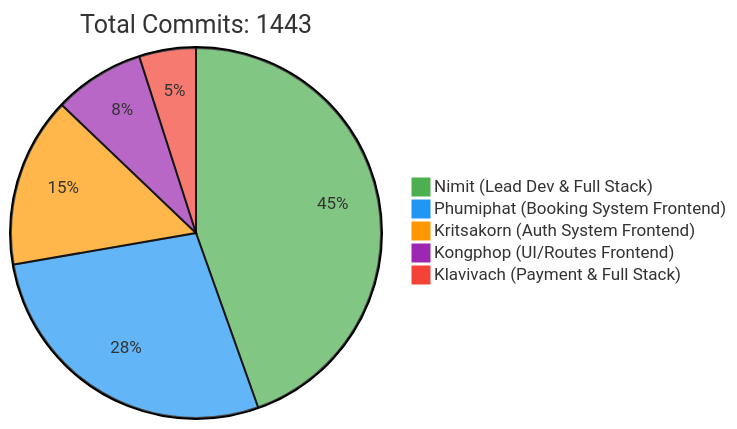
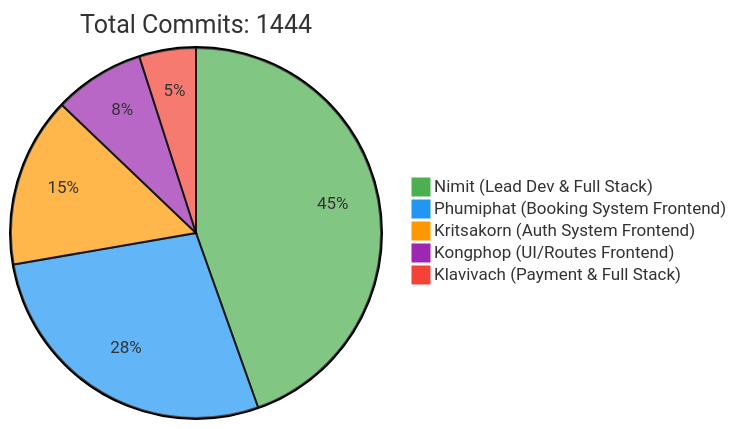
Before and after one commit to 6531503042/Sport-Complex: the first of 2 diagrams in README.md, drawn with Mermaid. The commit also changed other lines of this file, not shown here.

Commit message:
docs: Update contributor statistics [skip ci]

````diff
--- a/README.md
+++ b/README.md
@@ -257,10 +257,10 @@
 ```mermaid
 %%{init: {'theme': 'base', 'themeVariables': { 'pie1': '#4CAF50', 'pie2': '#2196F3', 'pie3': '#FF9800', 'pie4': '#9C27B0', 'pie5': '#F44336'}}}%%
 pie
-    title Total Commits: 1443
+    title Total Commits: 1444
     "Nimit (Lead Dev & Full Stack)" : 450
     "Phumiphat (Booking System Frontend)" : 280
     "Kritsakorn (Auth System Frontend)" : 150
     "Kongphop (UI/Routes Frontend)" : 80
     "Klavivach (Payment & Full Stack)" : 50
 ```
````
